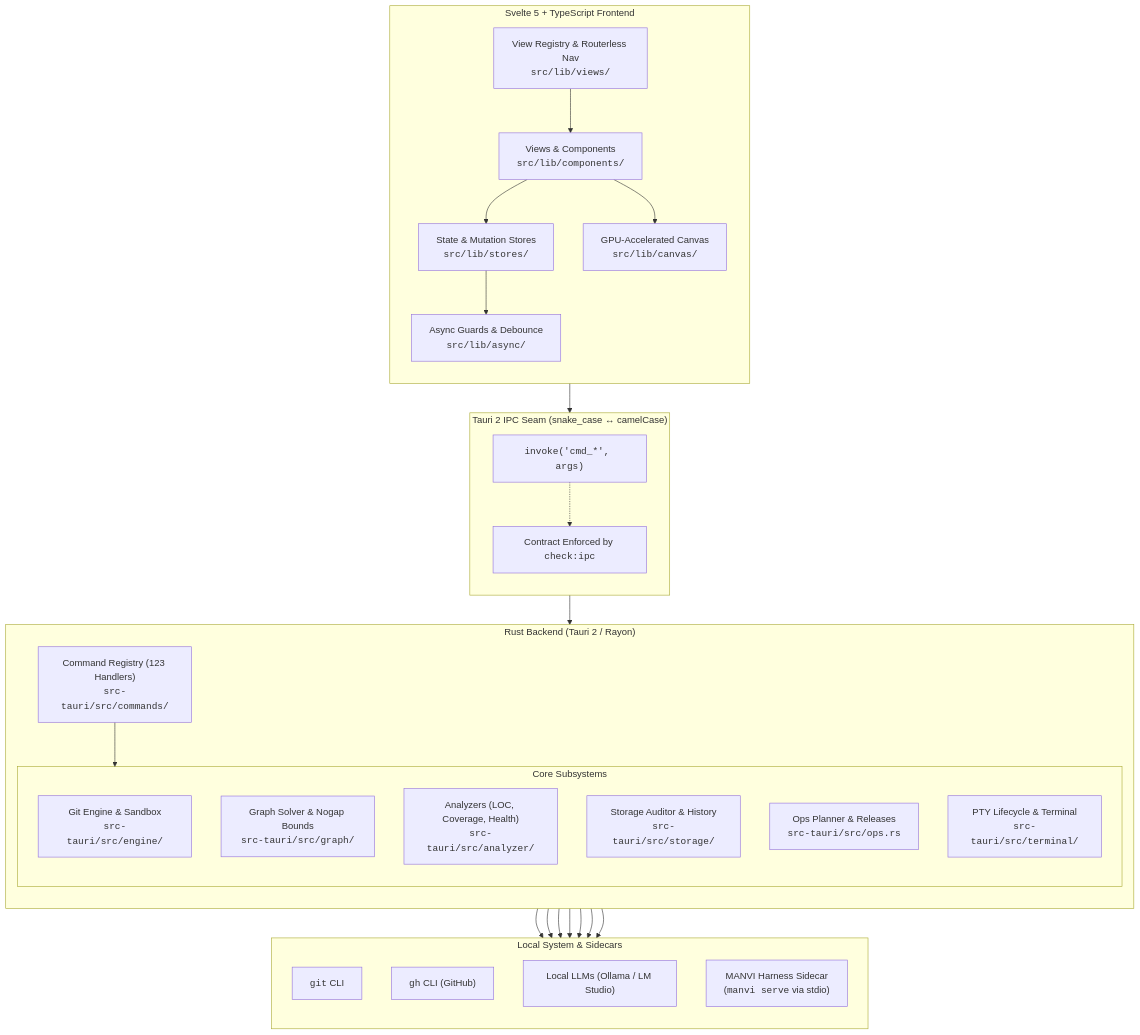
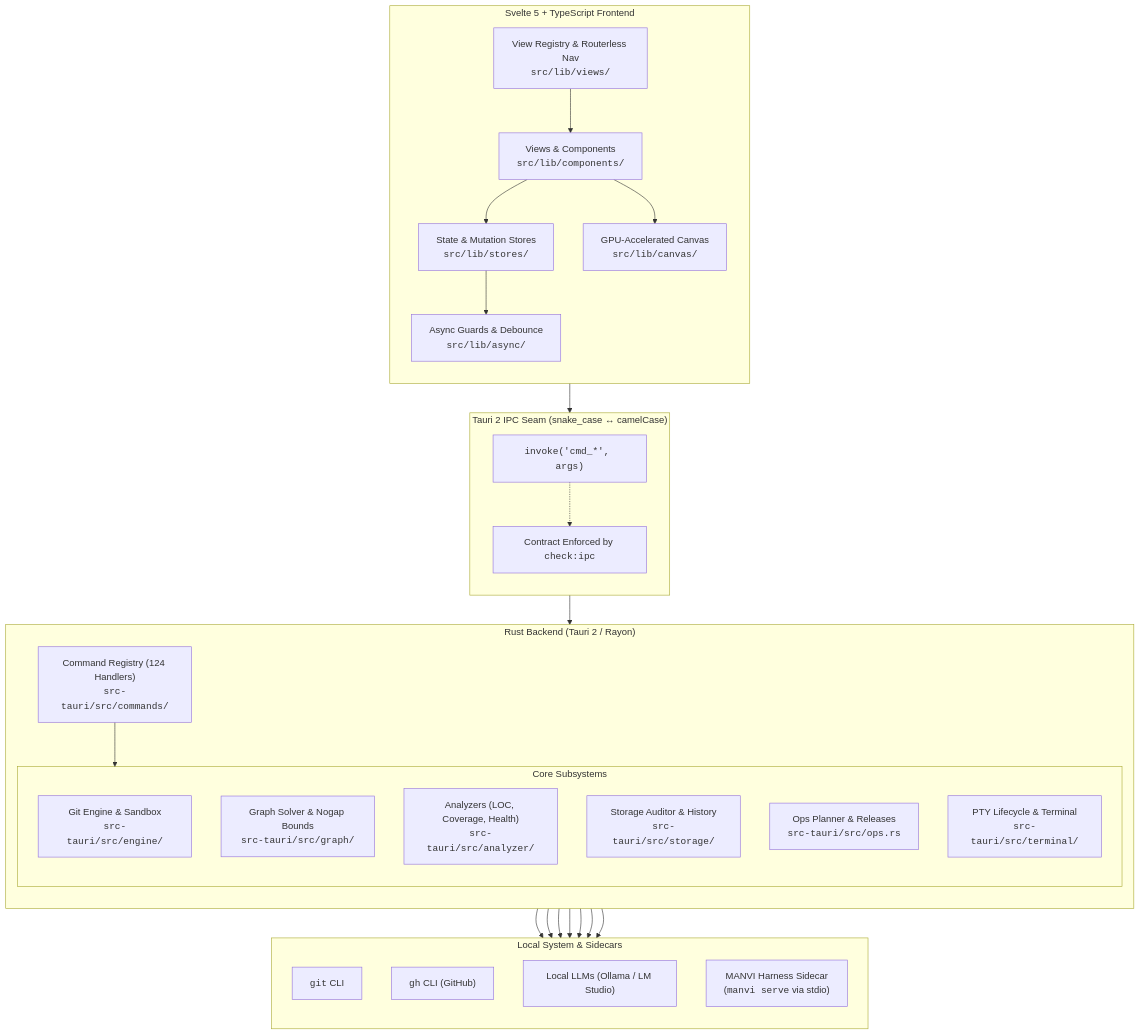
One commit to bharathvbcr/GitPulse changed the first of 4 diagrams in docs/ARCHITECTURE.md. Above: the diagram before and after it, drawn with Mermaid. The commit also changed other lines of this file and 18 other files, not shown here.

````diff
--- a/docs/ARCHITECTURE.md
+++ b/docs/ARCHITECTURE.md
@@ -5,57 +5,57 @@
 ```mermaid
 flowchart TB
     subgraph Frontend["Svelte 5 + TypeScript Frontend"]
         direction TB
         UI["Views & Components<br/><code>src/lib/components/</code>"]
         Stores["State & Mutation Stores<br/><code>src/lib/stores/</code>"]
         Registry["View Registry & Routerless Nav<br/><code>src/lib/views/</code>"]
         Canvas["GPU-Accelerated Canvas<br/><code>src/lib/canvas/</code>"]
         Async["Async Guards & Debounce<br/><code>src/lib/async/</code>"]
         
         UI --> Stores
         UI --> Canvas
         Stores --> Async
         Registry --> UI
     end
 
     subgraph IPC["Tauri 2 IPC Seam (snake_case ↔ camelCase)"]
         direction TB
         Invoke["<code>invoke('cmd_*', args)</code>"]
         ContractCheck["Contract Enforced by <code>check:ipc</code>"]
         Invoke -.-> ContractCheck
     end
 
     subgraph Backend["Rust Backend (Tauri 2 / Rayon)"]
         direction TB
-        CmdRegistry["Command Registry (123 Handlers)<br/><code>src-tauri/src/commands/</code>"]
+        CmdRegistry["Command Registry (124 Handlers)<br/><code>src-tauri/src/commands/</code>"]
         
         subgraph Subsystems["Core Subsystems"]
             GitEngine["Git Engine & Sandbox<br/><code>src-tauri/src/engine/</code>"]
             GraphSolver["Graph Solver & Nogap Bounds<br/><code>src-tauri/src/graph/</code>"]
             Analyzers["Analyzers (LOC, Coverage, Health)<br/><code>src-tauri/src/analyzer/</code>"]
             StorageAuditor["Storage Auditor & History<br/><code>src-tauri/src/storage/</code>"]
             OpsPlanner["Ops Planner & Releases<br/><code>src-tauri/src/ops.rs</code>"]
             PtyTerminal["PTY Lifecycle & Terminal<br/><code>src-tauri/src/terminal/</code>"]
         end
         
         CmdRegistry --> Subsystems
     end
 
     subgraph External["Local System & Sidecars"]
         direction TB
         LocalGit["<code>git</code> CLI"]
         LocalGh["<code>gh</code> CLI (GitHub)"]
         LocalLLM["Local LLMs (Ollama / LM Studio)"]
         ManviSidecar["MANVI Harness Sidecar<br/>(<code>manvi serve</code> via stdio)"]
     end
 
     Async --> Invoke
     Invoke --> CmdRegistry
     GitEngine --> LocalGit
     Analyzers --> LocalGit
     Analyzers --> LocalGh
     Analyzers --> LocalLLM
     OpsPlanner --> LocalGh
     OpsPlanner --> ManviSidecar
     Subsystems --> ManviSidecar
 ```
````
